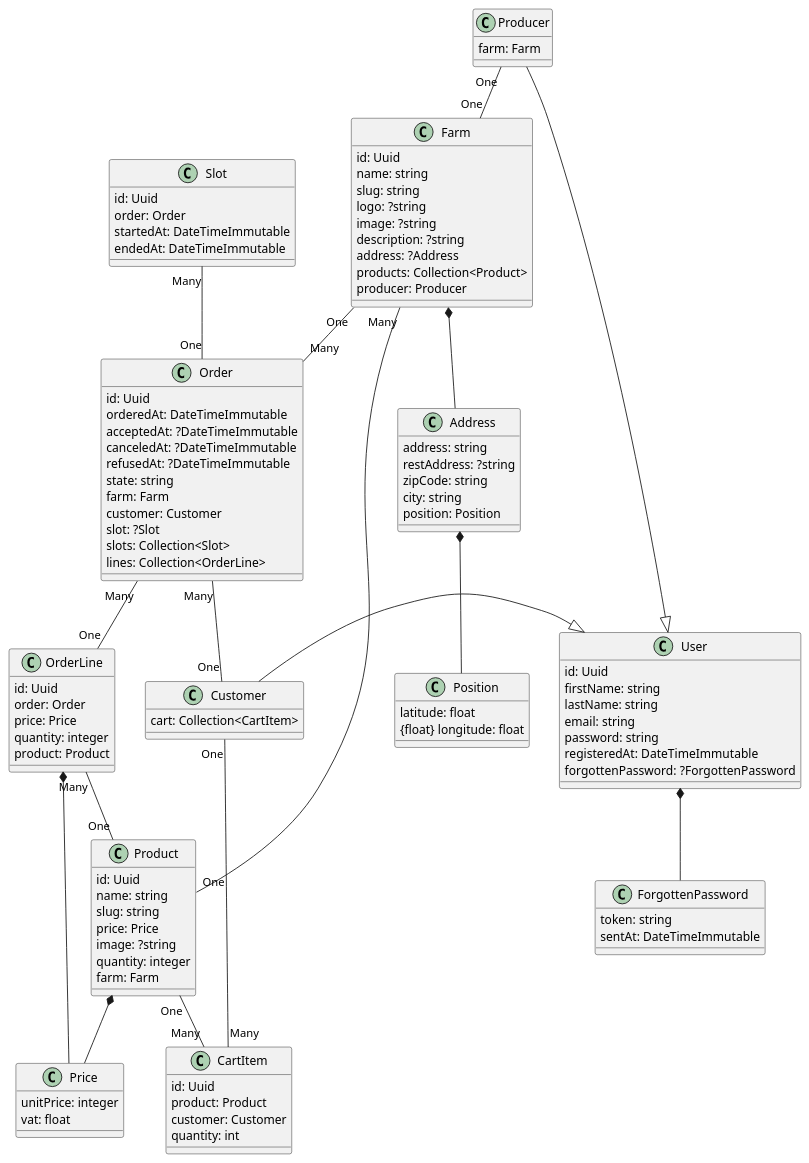
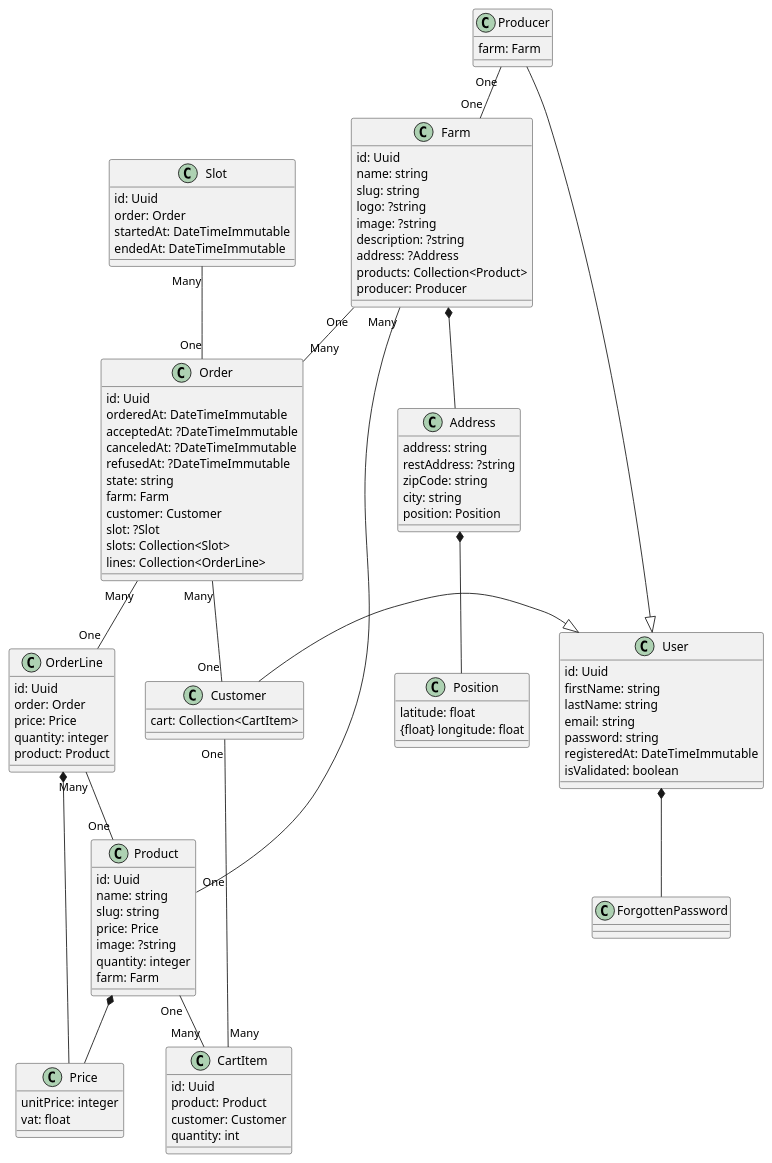
The diagram in docs/classes.puml (SBordier44/sf5-producer), drawn with PlantUML before and after one commit. The commit also changed 164 other files, not shown here.

```diff
--- a/docs/classes.puml
+++ b/docs/classes.puml
@@ -1,120 +1,115 @@
 @startuml
 
 class User {
 	{field} id: Uuid
 	{field} firstName: string
 	{field} lastName: string
 	{field} email: string
 	{field} password: string
 	{field} registeredAt: DateTimeImmutable
-	{field} forgottenPassword: ?ForgottenPassword
-}
-
-class ForgottenPassword {
-	{field} token: string
-	{field} sentAt: DateTimeImmutable
+	{field} isValidated: boolean
 }
 
 class Producer {
 	{field} farm: Farm
 }
 
 class Farm {
 	{field} id: Uuid
 	{field} name: string
 	{field} slug: string
 	{field} logo: ?string
 	{field} image: ?string
 	{field} description: ?string
 	{field} address: ?Address
 	{field} products: Collection<Product>
 	{field} producer: Producer
 }
 
 class Address {
 	{field} address: string
 	{field} restAddress: ?string
 	{field} zipCode: string
 	{field} city: string
 	{field} position: Position
 }
 
 class Position {
 	{field} latitude: float
 	{float} longitude: float
 }
 
 class Product {
 	{field} id: Uuid
 	{field} name: string
 	{field} slug: string
 	{field} price: Price
 	{field} image: ?string
 	{field} quantity: integer
 	{field} farm: Farm
 }
 
 class Price {
 	{field} unitPrice: integer
 	{field} vat: float
 }
 
 class Order {
 	{field} id: Uuid
 	{field} orderedAt: DateTimeImmutable
 	{field} acceptedAt: ?DateTimeImmutable
 	{field} canceledAt: ?DateTimeImmutable
 	{field} refusedAt: ?DateTimeImmutable
 	{field} state: string
 	{field} farm: Farm
 	{field} customer: Customer
 	{field} slot: ?Slot
 	{field} slots: Collection<Slot>
 	{field} lines: Collection<OrderLine>
 }
 
 class OrderLine {
 	{field} id: Uuid
 	{field} order: Order
 	{field} price: Price
 	{field} quantity: integer
 	{field} product: Product
 }
 
 class Slot {
 	{field} id: Uuid
 	{field} order: Order
 	{field} startedAt: DateTimeImmutable
 	{field} endedAt: DateTimeImmutable
 }
 
 
 class Customer {
 	{field} cart: Collection<CartItem>
 }
 
 class CartItem {
 	{field} id: Uuid
 	{field} product: Product
 	{field} customer: Customer
 	{field} quantity: int
 }
 
 Customer -|> User
 Producer -|> User
 Slot "Many" -- "One" Order
 Order "Many" -- "One" OrderLine
 OrderLine "Many" -- "One" Product
 Farm "One" -- "Many" Order
 Farm "Many" -- "One" Product
 Producer "One" -- "One" Farm
 Order "Many" -- "One" Customer
 Customer "One" -- "Many" CartItem
 Product "One" -- "Many" CartItem
 Product *-- Price
 OrderLine *-- Price
 Farm *-- Address
 Address *-- Position
 User *-- ForgottenPassword
 
 @enduml
```
